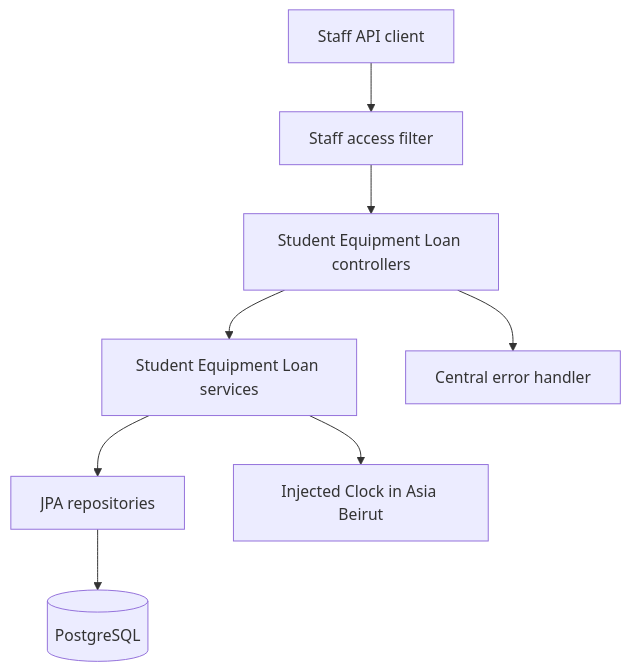
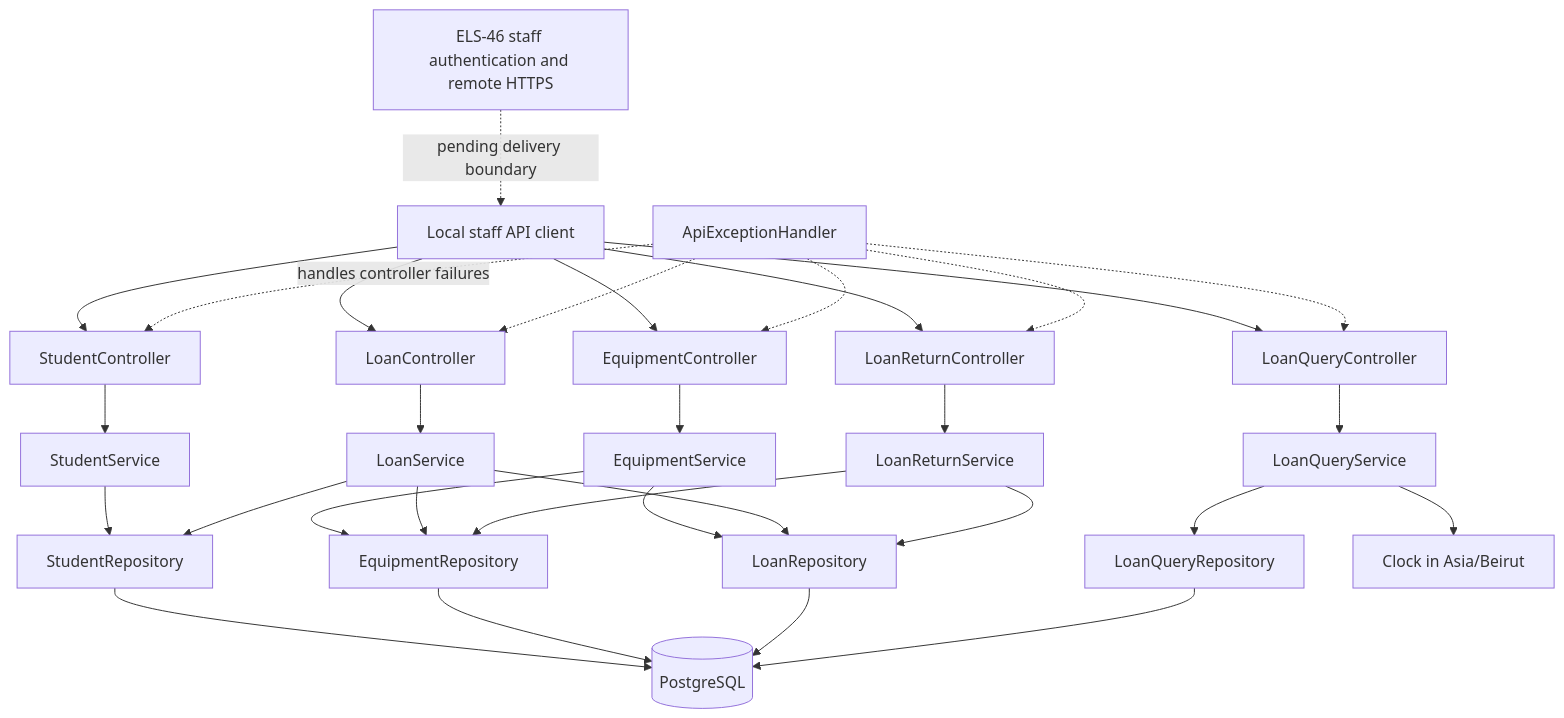
One commit to komayl-dbouk/Equipment-Lending-System changed the first of 6 diagrams in docs/design/architecture.md. Above: the diagram before and after it, drawn with Mermaid. The commit also changed other lines of this file and 7 other files, not shown here.

Commit message:
ELS-37 docs: align API contract diagrams and traceability

````diff
--- a/docs/design/architecture.md
+++ b/docs/design/architecture.md
@@ -9,10 +15,36 @@
 ```mermaid
 flowchart TB
-  Client[Staff API client] --> Auth[Staff access filter]
-  Auth --> Controllers[Student Equipment Loan controllers]
-  Controllers --> Services[Student Equipment Loan services]
-  Services --> Repositories[JPA repositories]
-  Repositories --> DB[(PostgreSQL)]
-  Controllers --> Errors[Central error handler]
-  Services --> Clock[Injected Clock in Asia Beirut]
+  Client[Local staff API client] --> StudentC[StudentController]
+  Client --> EquipmentC[EquipmentController]
+  Client --> LoanC[LoanController]
+  Client --> ReturnC[LoanReturnController]
+  Client --> QueryC[LoanQueryController]
+
+  StudentC --> StudentS[StudentService]
+  EquipmentC --> EquipmentS[EquipmentService]
+  LoanC --> LoanS[LoanService]
+  ReturnC --> ReturnS[LoanReturnService]
+  QueryC --> QueryS[LoanQueryService]
+
+  StudentS --> StudentR[StudentRepository]
+  EquipmentS --> EquipmentR[EquipmentRepository]
+  EquipmentS --> LoanR[LoanRepository]
+  LoanS --> StudentR
+  LoanS --> EquipmentR
+  LoanS --> LoanR
+  ReturnS --> EquipmentR
+  ReturnS --> LoanR
+  QueryS --> QueryR[LoanQueryRepository]
+  QueryS --> Clock[Clock in Asia/Beirut]
+
+  StudentR --> DB[(PostgreSQL)]
+  EquipmentR --> DB
+  LoanR --> DB
+  QueryR --> DB
+  Errors[ApiExceptionHandler] -. handles controller failures .-> StudentC
+  Errors -.-> EquipmentC
+  Errors -.-> LoanC
+  Errors -.-> ReturnC
+  Errors -.-> QueryC
+  Pending[ELS-46 staff authentication and remote HTTPS] -. pending delivery boundary .-> Client
 ```
````
